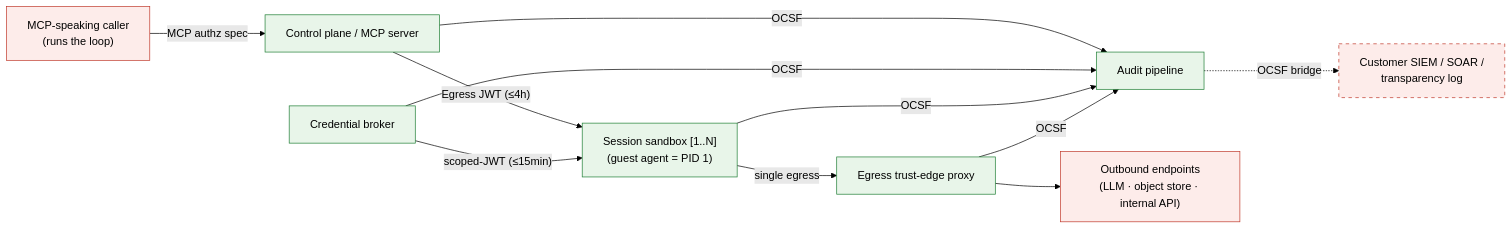
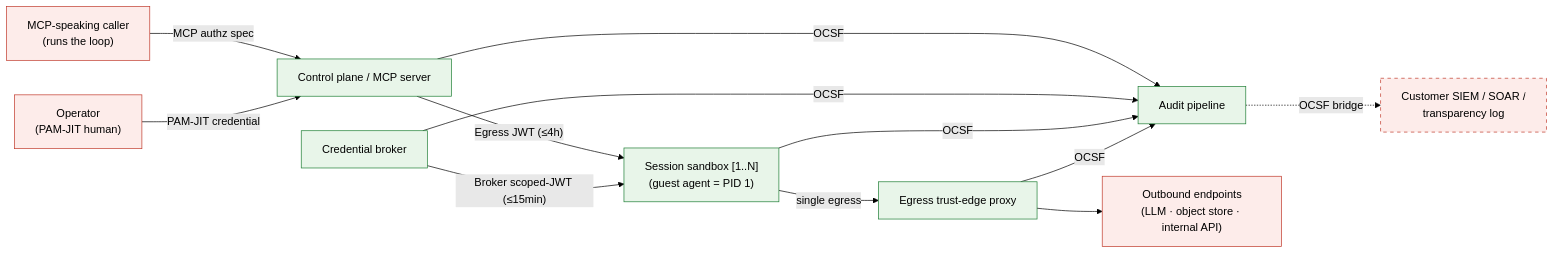
The diagram in docs/architecture/05-c4-container.md (Wide-Moat/open-computer-use), drawn with Mermaid (forest theme) before and after one commit. The commit also changed other lines of this file, not shown here.

Commit message:
docs(architecture): Layer 6 review fixes — diagram parity + canon links
Scope-consistency review (zero blockers, 7 invariants hold):
- SC-10: inline diagram dropped the Operator actor + PAM-JIT edge that the
  canonical .mmd carries; add OPER node + edge so the two agree.
- SC-07: broker edge label scoped-JWT → Broker scoped-JWT, matching the
  canonical token-class name in 02-trust-boundaries.md §8.
- SC-05: §5 shelf table now points to §7–§8 as the owning source instead of
  re-deciding egress-mode / identity-floor detail.

````diff
--- a/docs/architecture/05-c4-container.md
+++ b/docs/architecture/05-c4-container.md
@@ -24,29 +24,32 @@
 ```mermaid
 flowchart LR
     PEER["MCP-speaking caller<br/>(runs the loop)"]
+    OPER["Operator<br/>(PAM-JIT human)"]
     CP["Control plane / MCP server"]
     BR["Credential broker"]
     VM["Session sandbox [1..N]<br/>(guest agent = PID 1)"]
     EDGE["Egress trust-edge proxy"]
     AUD["Audit pipeline"]
     UP["Outbound endpoints<br/>(LLM · object store · internal API)"]
     SINK["Customer SIEM / SOAR /<br/>transparency log"]
     PEER -->|"MCP authz spec"| CP
+    OPER -->|"PAM-JIT credential"| CP
     CP -->|"Egress JWT (≤4h)"| VM
-    BR -->|"scoped-JWT (≤15min)"| VM
+    BR -->|"Broker scoped-JWT (≤15min)"| VM
     VM -->|"single egress"| EDGE
     EDGE --> UP
     CP -->|OCSF| AUD
     BR -->|OCSF| AUD
     VM -->|OCSF| AUD
     EDGE -->|OCSF| AUD
     AUD -.->|"OCSF bridge"| SINK
     style CP fill:#e8f5e9,stroke:#1e7e34
     style BR fill:#e8f5e9,stroke:#1e7e34
     style VM fill:#e8f5e9,stroke:#1e7e34
     style EDGE fill:#e8f5e9,stroke:#1e7e34
     style AUD fill:#e8f5e9,stroke:#1e7e34
     style PEER fill:#fdecea,stroke:#c0392b
+    style OPER fill:#fdecea,stroke:#c0392b
     style UP fill:#fdecea,stroke:#c0392b
     style SINK fill:#fdecea,stroke:#c0392b,stroke-dasharray:5 5
 ```
````
